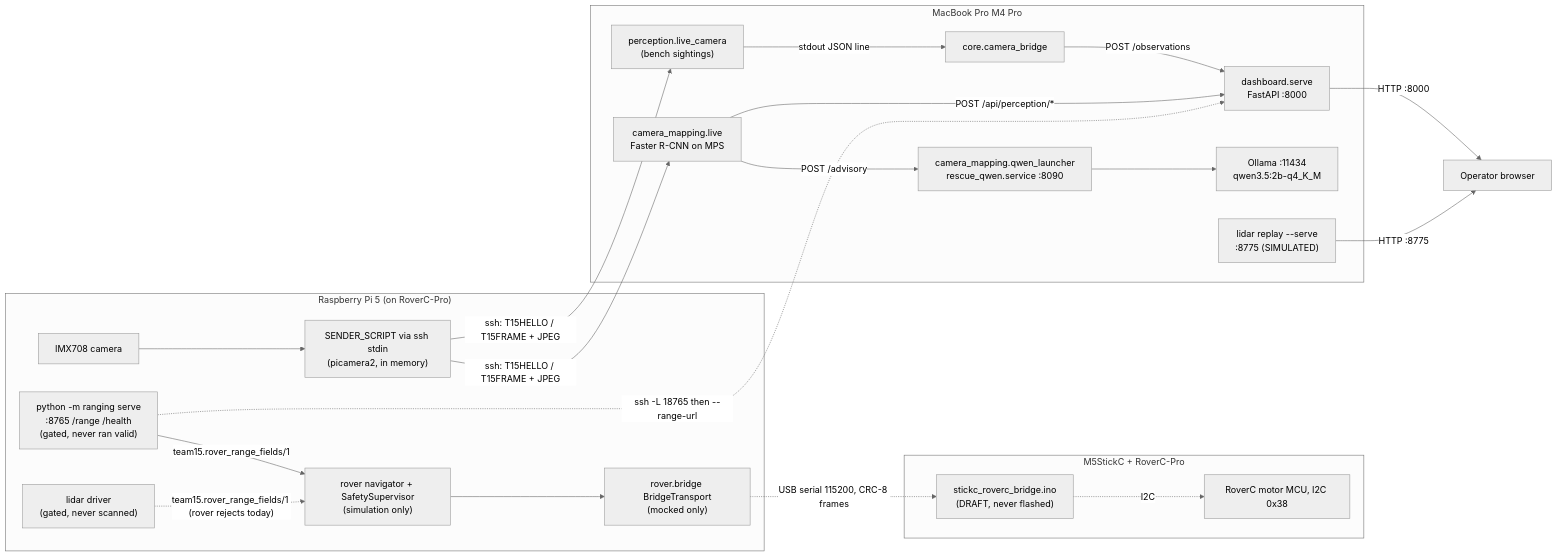
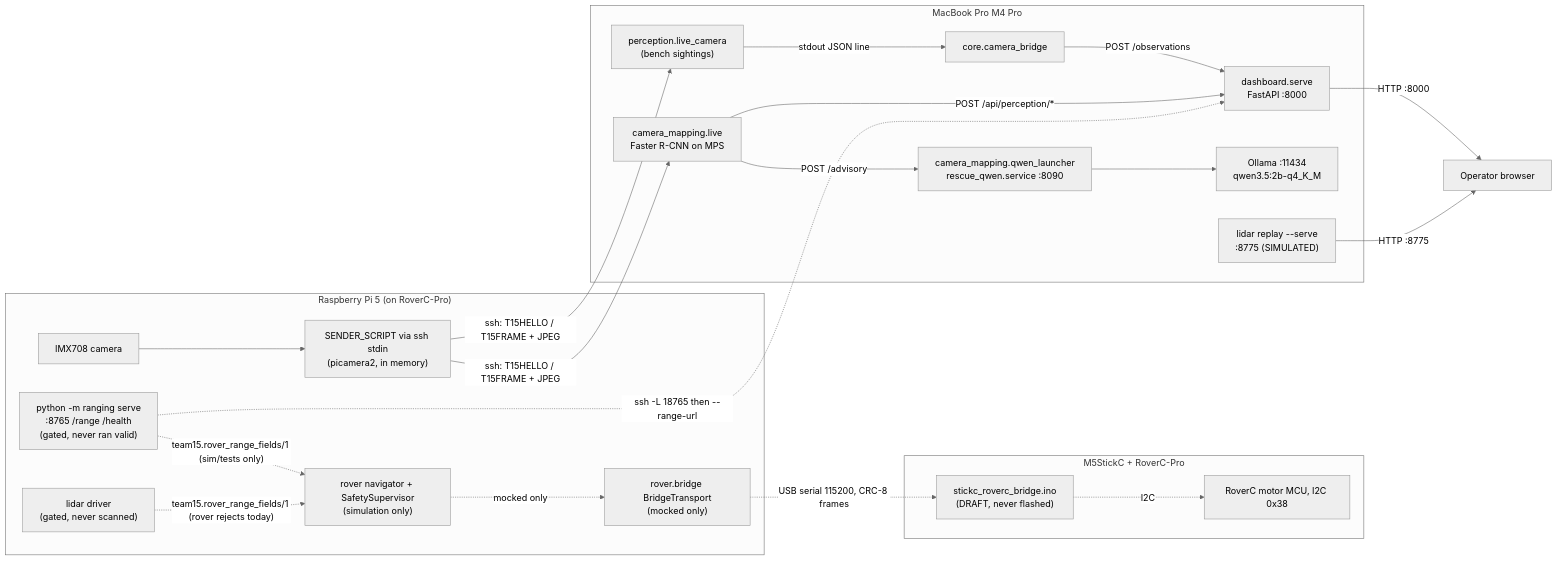
Before and after one commit to CodeMetalForge-Hackathon/Team-15-SAR-ground-robot: the first of 5 diagrams in docs/01_SYSTEM_ARCHITECTURE.md, drawn with Mermaid (neutral theme). The commit also changed other lines of this file and 7 other files, not shown here.

````diff
--- a/docs/01_SYSTEM_ARCHITECTURE.md
+++ b/docs/01_SYSTEM_ARCHITECTURE.md
@@ -35,41 +35,41 @@
 ```mermaid
 flowchart LR
   subgraph Pi["Raspberry Pi 5 (on RoverC-Pro)"]
     CAM["IMX708 camera"]
     SND["SENDER_SCRIPT via ssh stdin<br/>(picamera2, in memory)"]
     RNG["python -m ranging serve<br/>:8765 /range /health<br/>(gated, never ran valid)"]
     LID["lidar driver<br/>(gated, never scanned)"]
     NAV["rover navigator + SafetySupervisor<br/>(simulation only)"]
     BRG["rover.bridge BridgeTransport<br/>(mocked only)"]
   end
   subgraph Stick["M5StickC + RoverC-Pro"]
     FW["stickc_roverc_bridge.ino<br/>(DRAFT, never flashed)"]
     MCU["RoverC motor MCU, I2C 0x38"]
   end
   subgraph Mac["MacBook Pro M4 Pro"]
     LIVE["camera_mapping.live<br/>Faster R-CNN on MPS"]
     LC["perception.live_camera<br/>(bench sightings)"]
     BR["core.camera_bridge"]
     DASH["dashboard.serve<br/>FastAPI :8000"]
     QL["camera_mapping.qwen_launcher<br/>rescue_qwen.service :8090"]
     OLL["Ollama :11434<br/>qwen3.5:2b-q4_K_M"]
     LR["lidar replay --serve<br/>:8775 (SIMULATED)"]
   end
   BROWSER["Operator browser"]
   CAM --> SND
   SND -- "ssh: T15HELLO / T15FRAME + JPEG" --> LIVE
   SND -- "ssh: T15HELLO / T15FRAME + JPEG" --> LC
   LC -- "stdout JSON line" --> BR
   BR -- "POST /observations" --> DASH
   LIVE -- "POST /api/perception/*" --> DASH
   LIVE -- "POST /advisory" --> QL
   QL --> OLL
   RNG -. "ssh -L 18765 then --range-url" .-> DASH
-  RNG -- "team15.rover_range_fields/1" --> NAV
+  RNG -. "team15.rover_range_fields/1 (sim/tests only)" .-> NAV
   LID -. "team15.rover_range_fields/1 (rover rejects today)" .-> NAV
-  NAV --> BRG
+  NAV -. "mocked only" .-> BRG
   BRG -. "USB serial 115200, CRC-8 frames" .-> FW
   FW -. "I2C" .-> MCU
   DASH -- "HTTP :8000" --> BROWSER
   LR -- "HTTP :8775" --> BROWSER
 ```
````
